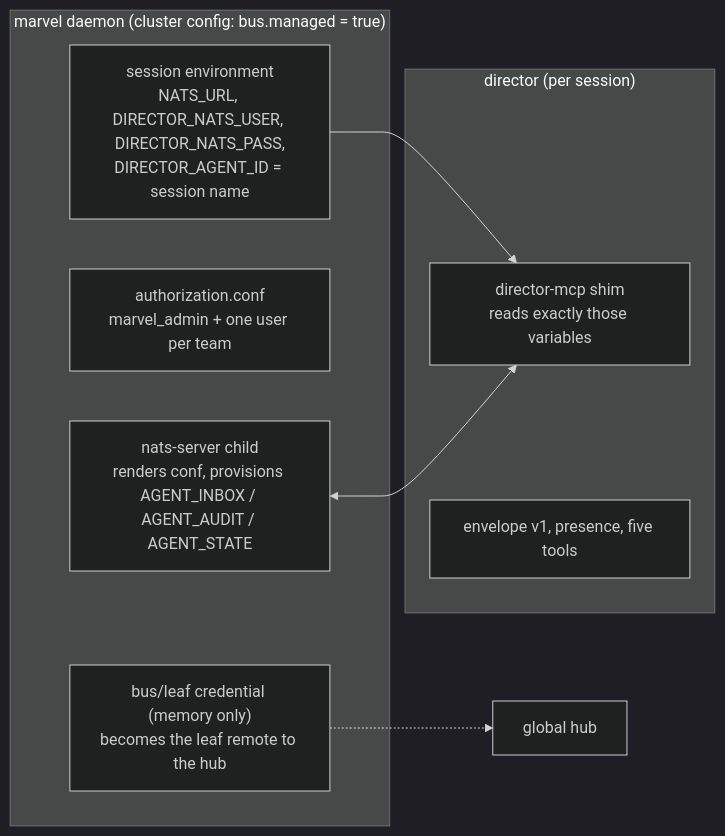
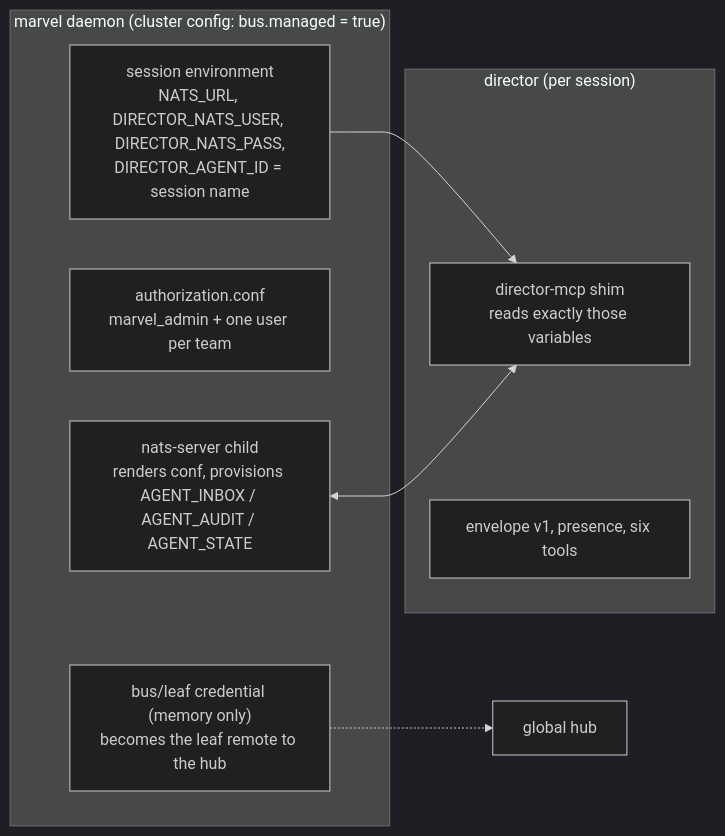
One commit to ArcavenAE/director changed the sixth of 11 diagrams in docs/architecture.md. Above: the diagram before and after it, drawn with Mermaid (dark theme). The commit also changed 10 other files, not shown here.

````diff
--- a/docs/architecture.md
+++ b/docs/architecture.md
@@ -179,16 +179,16 @@
 ```mermaid
 flowchart LR
   subgraph marvel["marvel daemon (cluster config: bus.managed = true)"]
     N["nats-server child<br/>renders conf, provisions AGENT_INBOX / AGENT_AUDIT / AGENT_STATE"]
     AUTH["authorization.conf<br/>marvel_admin + one user per team"]
     ENV["session environment<br/>NATS_URL, DIRECTOR_NATS_USER, DIRECTOR_NATS_PASS,<br/>DIRECTOR_AGENT_ID = session name"]
     LEAF["bus/leaf credential (memory only)<br/>becomes the leaf remote to the hub"]
   end
   subgraph director["director (per session)"]
     SHIM["director-mcp shim<br/>reads exactly those variables"]
-    PROTO["envelope v1, presence, five tools"]
+    PROTO["envelope v1, presence, six tools"]
   end
   ENV --> SHIM
   N <--> SHIM
   LEAF -.-> HUB["global hub"]
 ```
````
